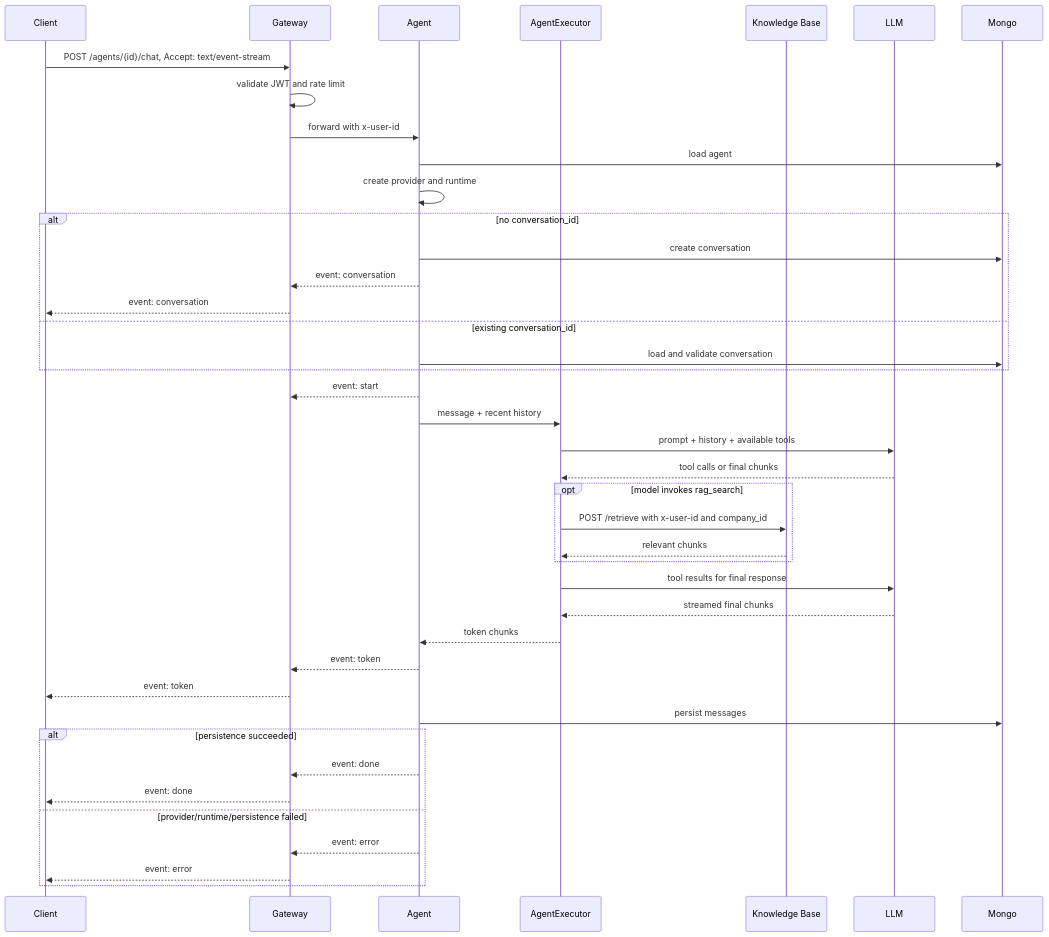
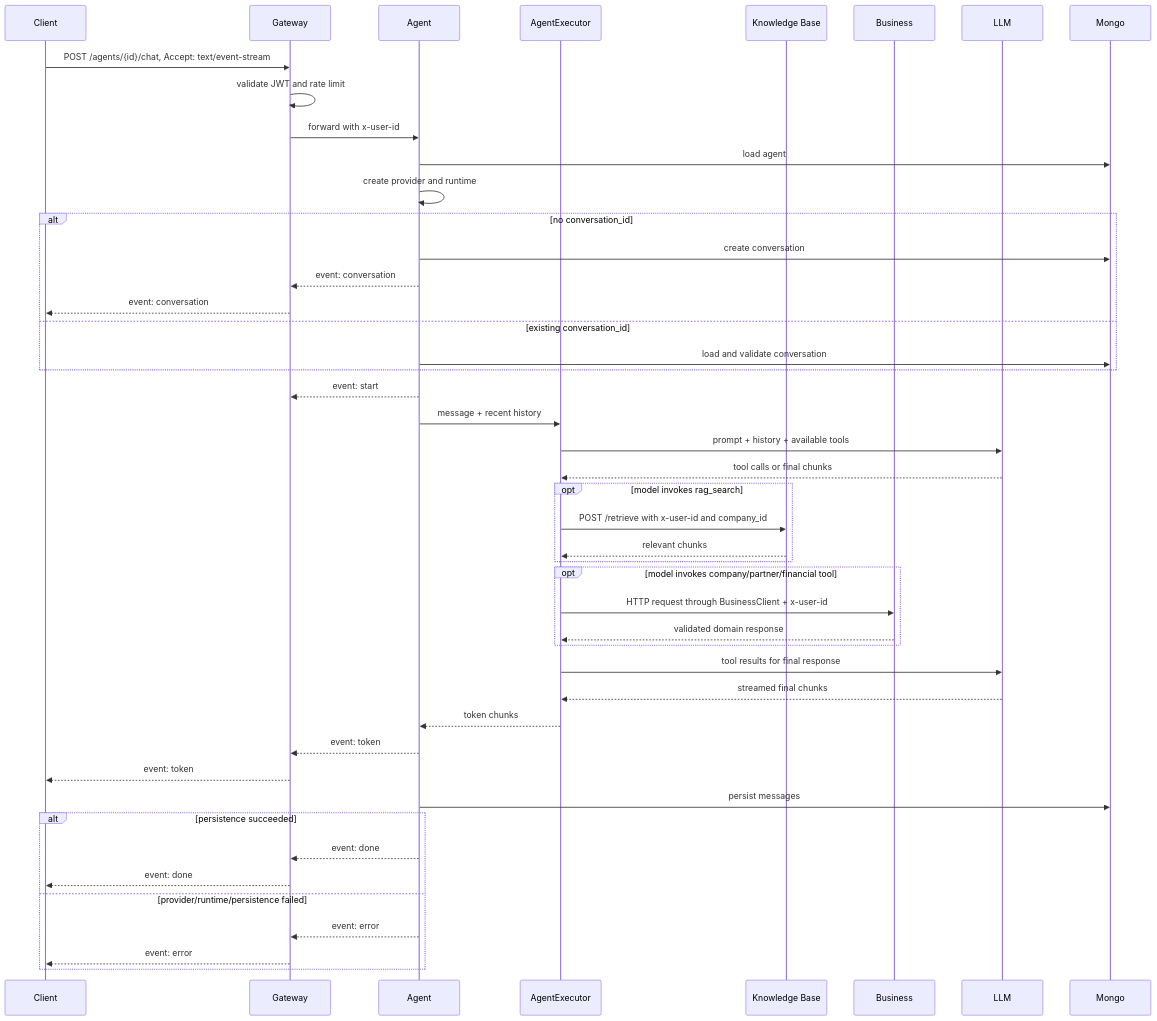
One commit to valiobar/agents changed the fourth of 7 diagrams in docs/services/agent/data-flow.md. Above: the diagram before and after it, drawn with Mermaid. The commit also changed other lines of this file and 85 other files, not shown here.

````diff
--- a/docs/services/agent/data-flow.md
+++ b/docs/services/agent/data-flow.md
@@ -68,44 +78,49 @@
 ```mermaid
 sequenceDiagram
     participant Client
     participant Gateway
     participant Agent
     participant Runtime as AgentExecutor
     participant KB as Knowledge Base
+    participant Business
     participant LLM
     participant Mongo
 
     Client->>Gateway: POST /agents/{id}/chat, Accept: text/event-stream
     Gateway->>Gateway: validate JWT and rate limit
     Gateway->>Agent: forward with x-user-id
     Agent->>Mongo: load agent
     Agent->>Agent: create provider and runtime
     alt no conversation_id
         Agent->>Mongo: create conversation
         Agent-->>Gateway: event: conversation
         Gateway-->>Client: event: conversation
     else existing conversation_id
         Agent->>Mongo: load and validate conversation
     end
     Agent-->>Gateway: event: start
     Agent->>Runtime: message + recent history
     Runtime->>LLM: prompt + history + available tools
     LLM-->>Runtime: tool calls or final chunks
     opt model invokes rag_search
         Runtime->>KB: POST /retrieve with x-user-id and company_id
         KB-->>Runtime: relevant chunks
     end
+    opt model invokes company/partner/financial tool
+        Runtime->>Business: HTTP request through BusinessClient + x-user-id
+        Business-->>Runtime: validated domain response
+    end
     Runtime->>LLM: tool results for final response
     LLM-->>Runtime: streamed final chunks
     Runtime-->>Agent: token chunks
     Agent-->>Gateway: event: token
     Gateway-->>Client: event: token
     Agent->>Mongo: persist messages
     alt persistence succeeded
         Agent-->>Gateway: event: done
         Gateway-->>Client: event: done
     else provider/runtime/persistence failed
         Agent-->>Gateway: event: error
         Gateway-->>Client: event: error
     end
 ```
````
